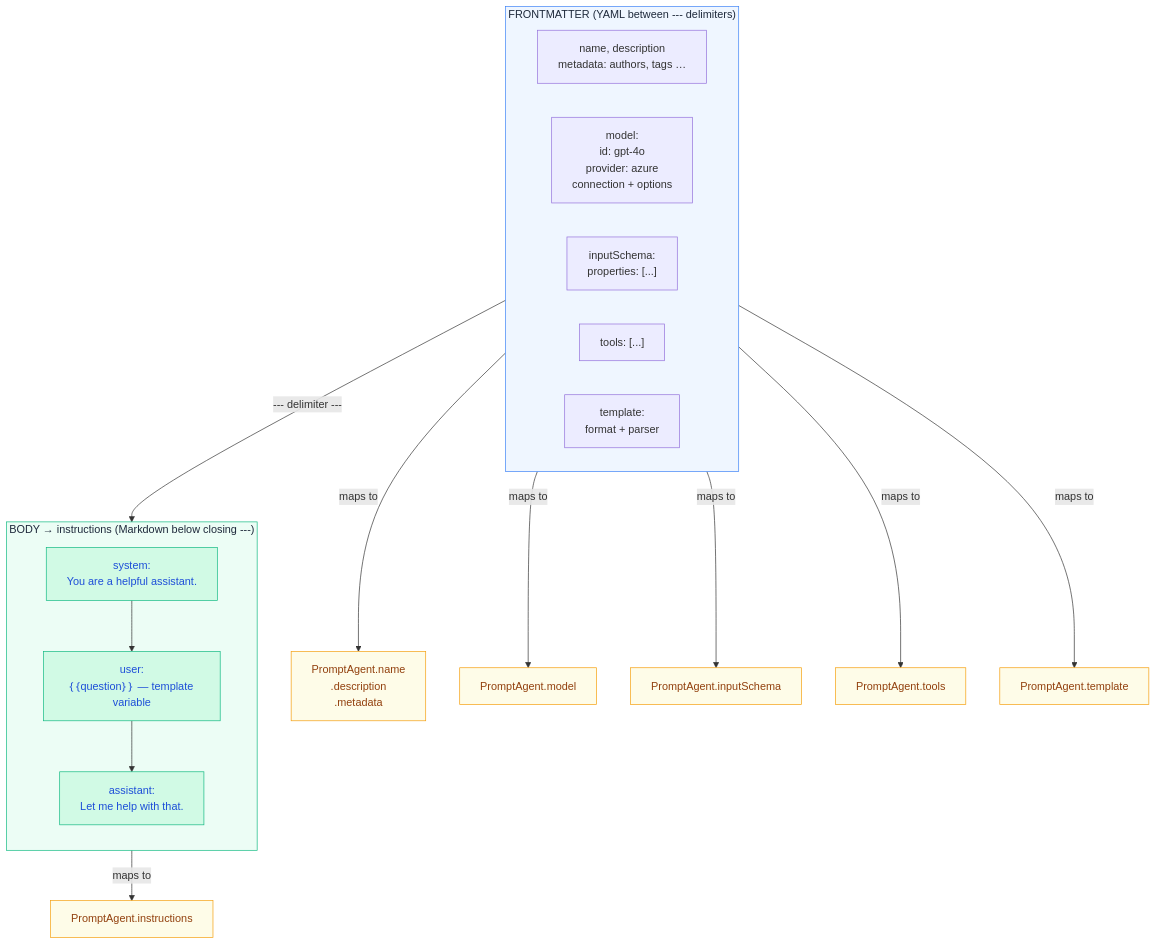
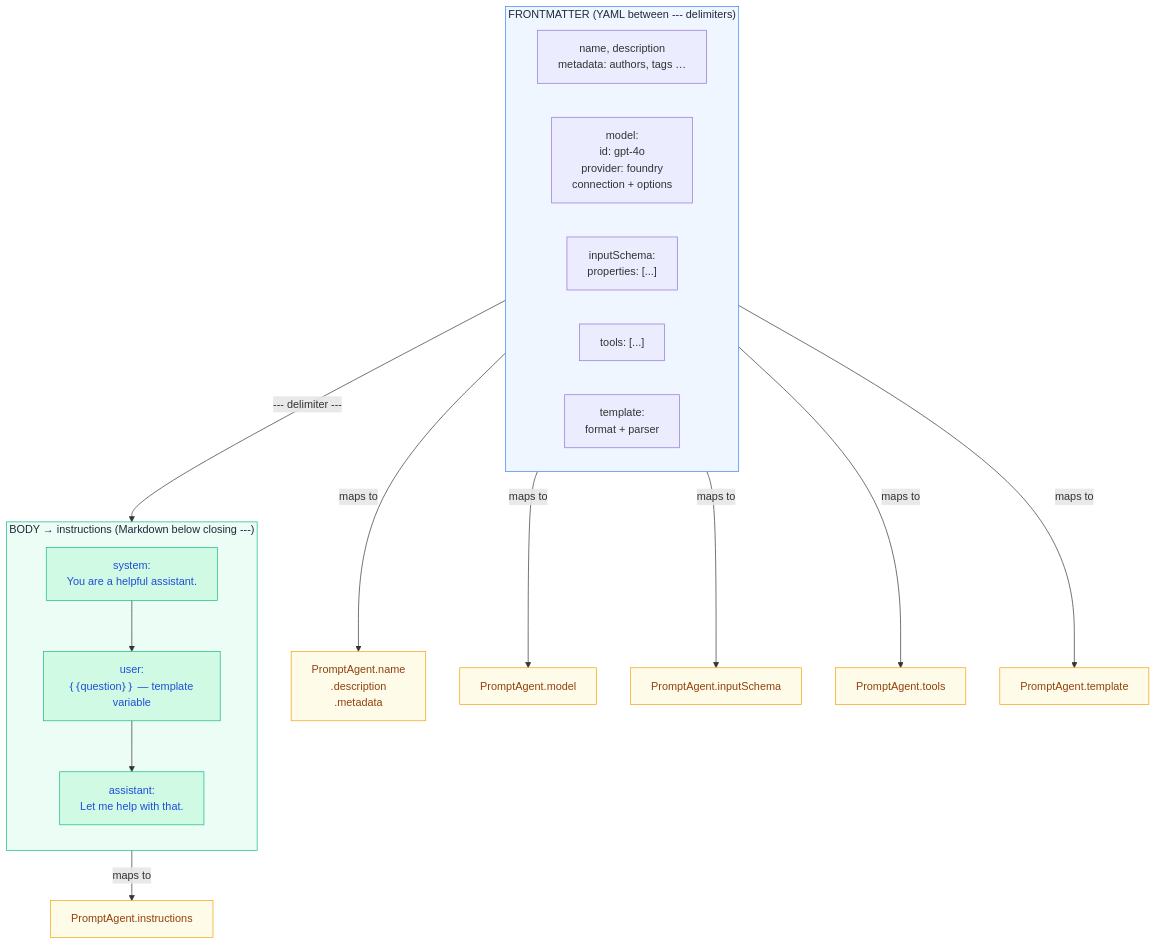
One commit to microsoft/prompty changed the diagram in web/src/content/docs/core-concepts/file-format.mdx. Above: the diagram before and after it, drawn with Mermaid. The commit also changed other lines of this file and 15 other files, not shown here.

First line of the commit message:
docs: merge Azure OpenAI references into Microsoft Foundry

````diff
--- a/web/src/content/docs/core-concepts/file-format.mdx
+++ b/web/src/content/docs/core-concepts/file-format.mdx
@@ -33,40 +33,40 @@
 ```mermaid
 flowchart TD
     subgraph FM["FRONTMATTER (YAML between --- delimiters)"]
         direction LR
         Identity["name, description\nmetadata: authors, tags …"]
-        ModelCfg["model:\nid: gpt-4o\nprovider: azure\nconnection + options"]
+        ModelCfg["model:\nid: gpt-4o\nprovider: foundry\nconnection + options"]
         Inputs["inputSchema:\nproperties: [...]"]
         Tools["tools: [...]"]
         Template["template:\nformat + parser"]
     end
 
     subgraph Body["BODY → instructions (Markdown below closing ---)"]
         direction TB
         System["system:\nYou are a helpful assistant."]
         User["user:\n｛｛question｝｝ — template variable"]
         Assistant["assistant:\nLet me help with that."]
         System --> User --> Assistant
     end
 
     FM -- "--- delimiter ---" --> Body
 
     Identity -- maps to --> PA1["PromptAgent.name\n.description\n.metadata"]
     ModelCfg -- maps to --> PA2["PromptAgent.model"]
     Inputs -- maps to --> PA3["PromptAgent.inputSchema"]
     Tools -- maps to --> PA4["PromptAgent.tools"]
     Template -- maps to --> PA5["PromptAgent.template"]
     Body -- maps to --> PA6["PromptAgent.instructions"]
 
     style FM fill:#eff6ff,stroke:#3b82f6,color:#1e293b
     style Body fill:#ecfdf5,stroke:#10b981,color:#1e293b
     style System fill:#d1fae5,stroke:#10b981,color:#1d4ed8
     style User fill:#d1fae5,stroke:#10b981,color:#1d4ed8
     style Assistant fill:#d1fae5,stroke:#10b981,color:#1d4ed8
     style PA1 fill:#fefce8,stroke:#f59e0b,color:#92400e
     style PA2 fill:#fefce8,stroke:#f59e0b,color:#92400e
     style PA3 fill:#fefce8,stroke:#f59e0b,color:#92400e
     style PA4 fill:#fefce8,stroke:#f59e0b,color:#92400e
     style PA5 fill:#fefce8,stroke:#f59e0b,color:#92400e
     style PA6 fill:#fefce8,stroke:#f59e0b,color:#92400e
 ```
````
